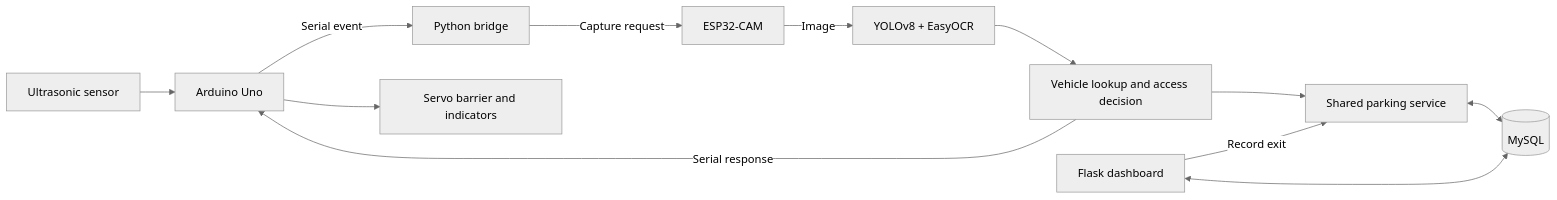
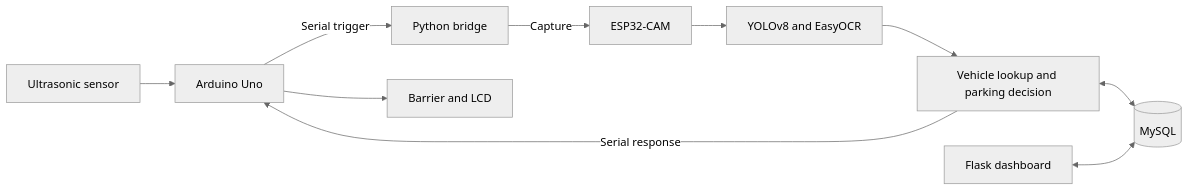
Before and after one commit to kaiqingkhaw/smart-campus-anpr: the diagram in README.md, drawn with Mermaid (neutral theme). The commit also changed other lines of this file and 26 other files, not shown here.

````diff
--- a/README.md
+++ b/README.md
@@ -32,14 +18,12 @@
 ```mermaid
 flowchart LR
-    Sensor[Ultrasonic sensor] --> Uno[Arduino Uno]
-    Uno -->|Serial event| Bridge[Python bridge]
-    Bridge -->|Capture request| Camera[ESP32-CAM]
-    Camera -->|Image| Vision[YOLOv8 + EasyOCR]
-    Vision --> Decision[Vehicle lookup and access decision]
-    Decision --> Parking[Shared parking service]
-    Parking <--> DB[(MySQL)]
-    Decision -->|Serial response| Uno
-    Uno --> Barrier[Servo barrier and indicators]
+    Sensor[Ultrasonic sensor] --> Arduino[Arduino Uno]
+    Arduino -->|Serial trigger| Bridge[Python bridge]
+    Bridge -->|Capture| Camera[ESP32-CAM]
+    Camera --> OCR[YOLOv8 and EasyOCR]
+    OCR --> Access[Vehicle lookup and parking decision]
+    Access <--> DB[(MySQL)]
+    Access -->|Serial response| Arduino
+    Arduino --> Barrier[Barrier and LCD]
     Dashboard[Flask dashboard] <--> DB
-    Dashboard -->|Record exit| Parking
 ```
````
